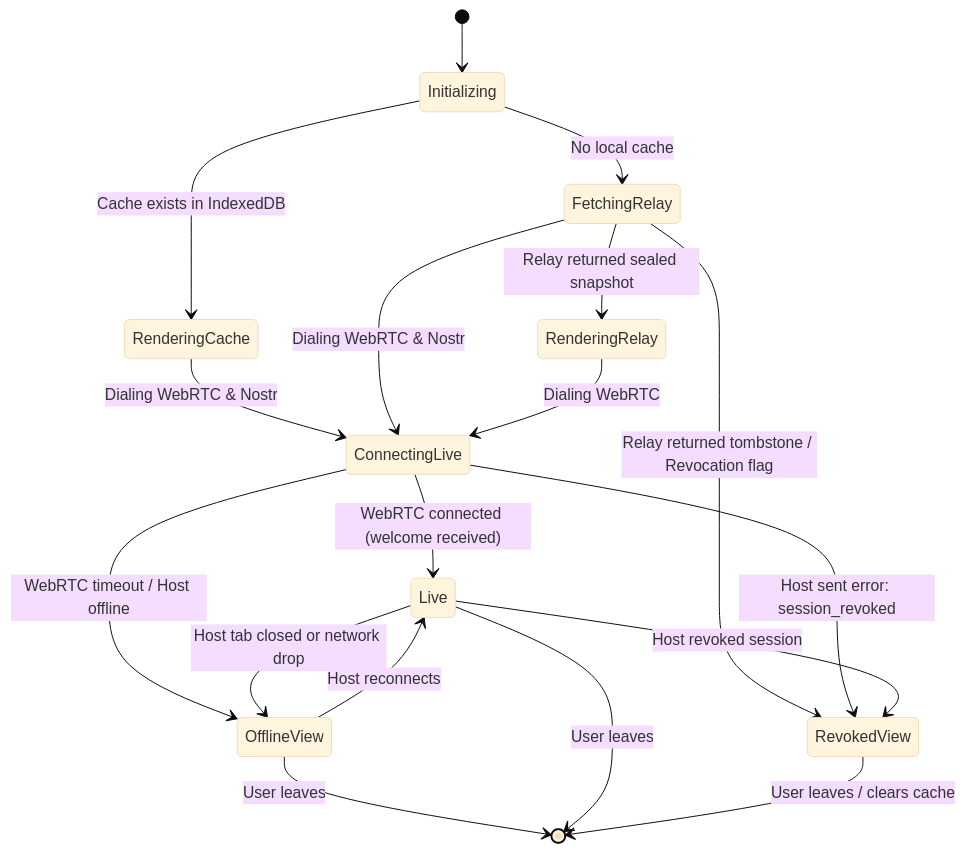
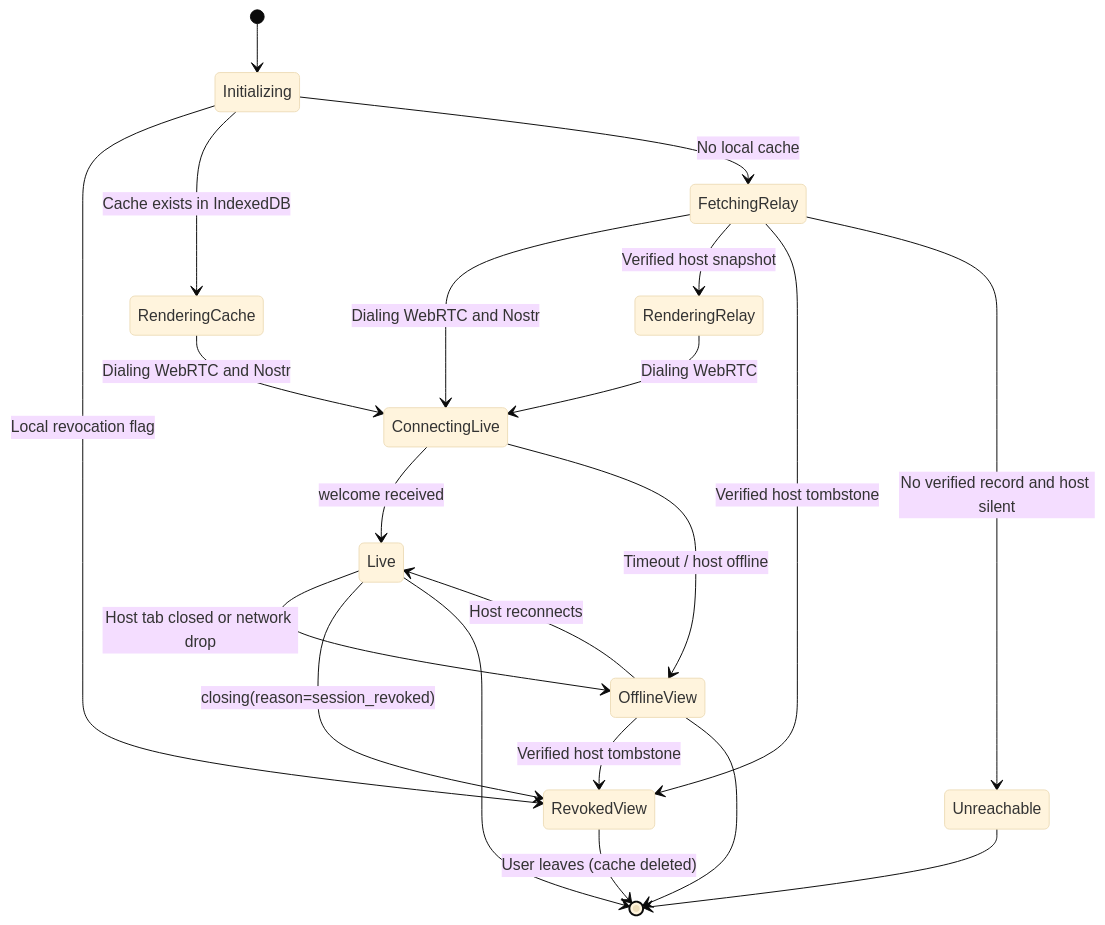
The second of 3 diagrams in specs/006-restore-shared-sessions/data-model.md (kpsolo/decisionator), drawn with Mermaid (base theme) before and after one commit. The commit also changed other lines of this file and 6 other files, not shown here.

````diff
--- a/specs/006-restore-shared-sessions/data-model.md
+++ b/specs/006-restore-shared-sessions/data-model.md
@@ -181,25 +181,26 @@
 ```mermaid
 stateDiagram-v2
     [*] --> Initializing
-
+    Initializing --> RevokedView: Local revocation flag
     Initializing --> RenderingCache: Cache exists in IndexedDB
     Initializing --> FetchingRelay: No local cache
 
-    RenderingCache --> ConnectingLive: Dialing WebRTC & Nostr
-    FetchingRelay --> ConnectingLive: Dialing WebRTC & Nostr
-
-    FetchingRelay --> RenderingRelay: Relay returned sealed snapshot
-    FetchingRelay --> RevokedView: Relay returned tombstone / Revocation flag
+    RenderingCache --> ConnectingLive: Dialing WebRTC and Nostr
+    FetchingRelay --> ConnectingLive: Dialing WebRTC and Nostr
+    FetchingRelay --> RenderingRelay: Verified host snapshot
+    FetchingRelay --> RevokedView: Verified host tombstone
+    FetchingRelay --> Unreachable: No verified record and host silent
     RenderingRelay --> ConnectingLive: Dialing WebRTC
 
-    ConnectingLive --> Live: WebRTC connected (welcome received)
-    ConnectingLive --> RevokedView: Host sent error: session_revoked
-    ConnectingLive --> OfflineView: WebRTC timeout / Host offline
+    ConnectingLive --> Live: welcome received
+    ConnectingLive --> OfflineView: Timeout / host offline
 
     Live --> OfflineView: Host tab closed or network drop
-    Live --> RevokedView: Host revoked session
+    Live --> RevokedView: closing(reason=session_revoked)
     OfflineView --> Live: Host reconnects
-    OfflineView --> [*]: User leaves
-    Live --> [*]: User leaves
-    RevokedView --> [*]: User leaves / clears cache
+    OfflineView --> RevokedView: Verified host tombstone
+    Unreachable --> [*]
+    OfflineView --> [*]
+    Live --> [*]
+    RevokedView --> [*]: User leaves (cache deleted)
 ```
````
